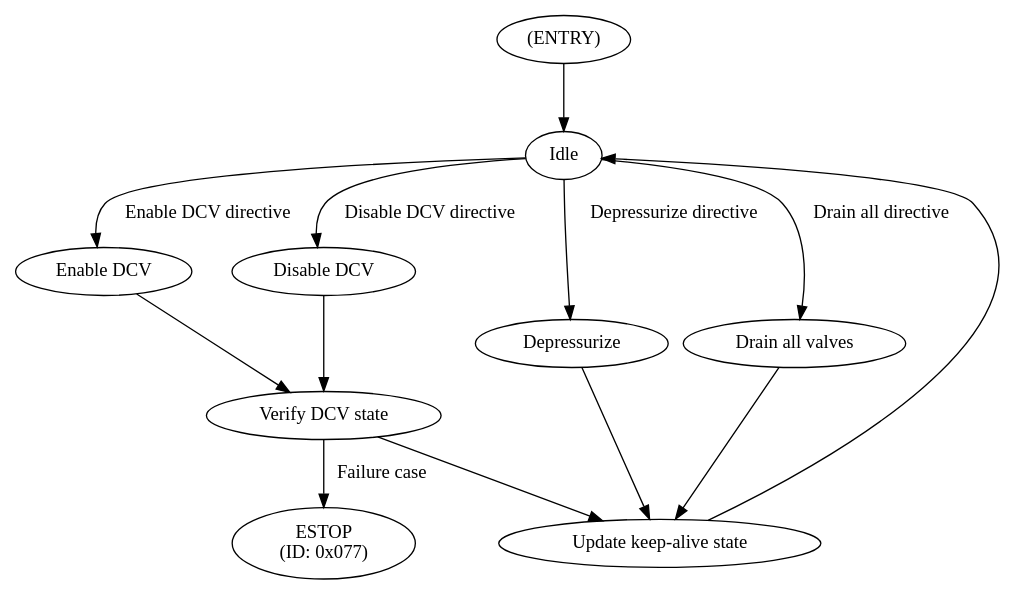
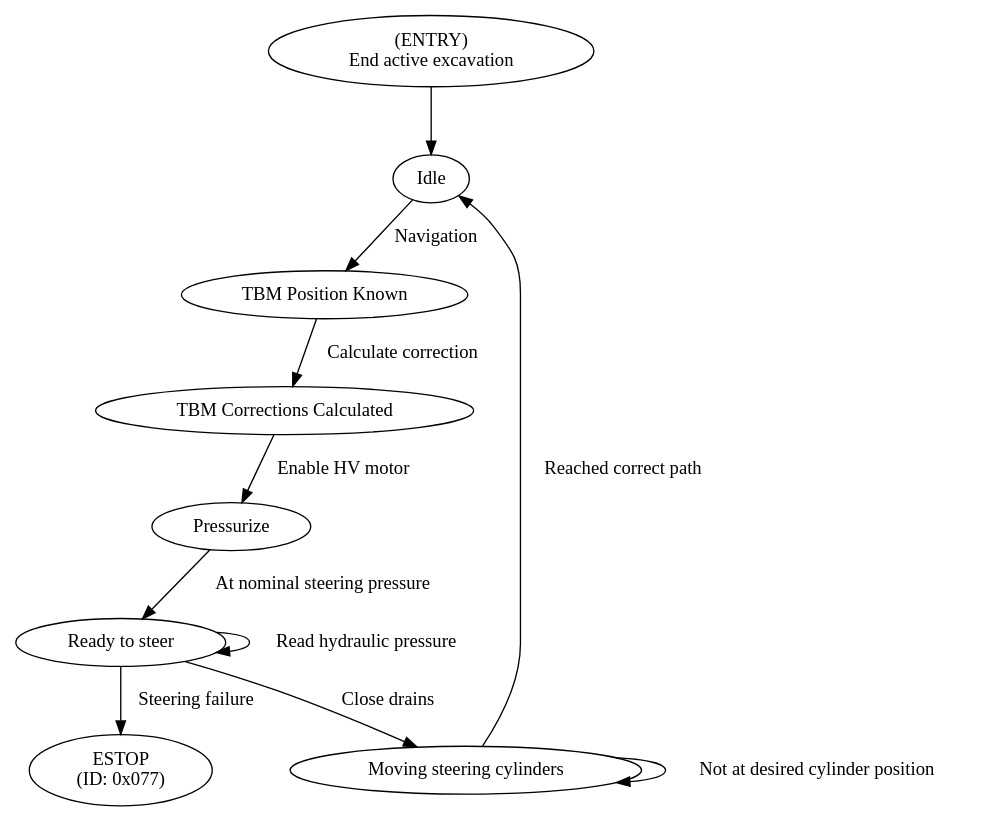
One commit to umdloop/state-machines changed the diagram in tbm_2/Steering.dot. Above: the diagram before and after it, drawn with Graphviz. The commit also changed 1 other file, not shown here.

Commit message:
Update steering to reflect new config

```diff
--- a/tbm_2/Steering.dot
+++ b/tbm_2/Steering.dot
@@ -1,24 +1,21 @@
 digraph Steering {
-    entry [label="(ENTRY)"];
-    Idle [label="Idle"];
-    status [label="Update keep-alive state"]
-    DCVon [label="Enable DCV"];
-    DCVoff [label="Disable DCV"];
-    checkStatus [label = "Verify DCV state"];
-    Depress [label = "Depressurize"];
-    estop [label = "ESTOP\n(ID: 0x077)"]
-    empty [label = "Drain all valves"];
+    S00 [label="(ENTRY)\nEnd active excavation"];
+    S01 [label="Idle"];
+    S02 [label="TBM Position Known"];
+    S03 [label="TBM Corrections Calculated"];
+    S04 [label="Pressurize"];
+    S05 [label="Ready to steer"];
+    S06 [label = "Moving steering cylinders"];
+    S07 [label = "ESTOP\n(ID: 0x077)"];
 
-    entry -> Idle [label =" "];
-    Idle -> DCVon [label="Enable DCV directive"];
-    Idle -> DCVoff [label="Disable DCV directive"];
-    Idle -> Depress [label = "Depressurize directive"];
-    Idle -> empty [label = "Drain all directive"];
-    Depress -> status[label =" "];
-    empty -> status[label =" "];
-    DCVon -> checkStatus [label = " "];
-    DCVoff -> checkStatus [label = " "];
-    checkStatus -> status [label = " "];
-    status->Idle[label =" "];
-    checkStatus -> estop [label = "Failure case"];
+    S00 -> S01 [label=" "];
+    S01 -> S02 [label="Navigation"];
+    S02 -> S03 [label="Calculate correction"];
+    S03 -> S04 [label="Enable HV motor"];
+    S04 -> S05 [label="At nominal steering pressure"];
+    S05 -> S05 [label="Read hydraulic pressure"]
+    S05 -> S06 [label="Close drains"];
+    S06 -> S01 [label="Reached correct path"];
+    S06 -> S06 [label="Not at desired cylinder position"];
+    S05 -> S07 [label="Steering failure"];
  }
```
